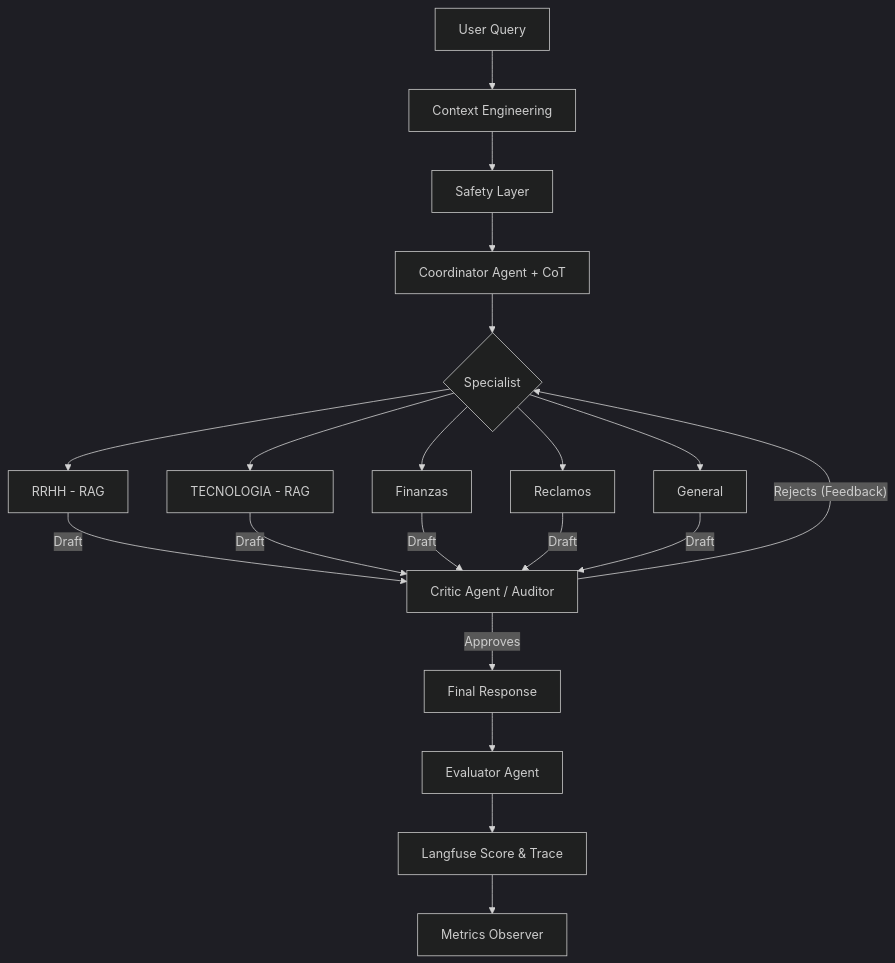
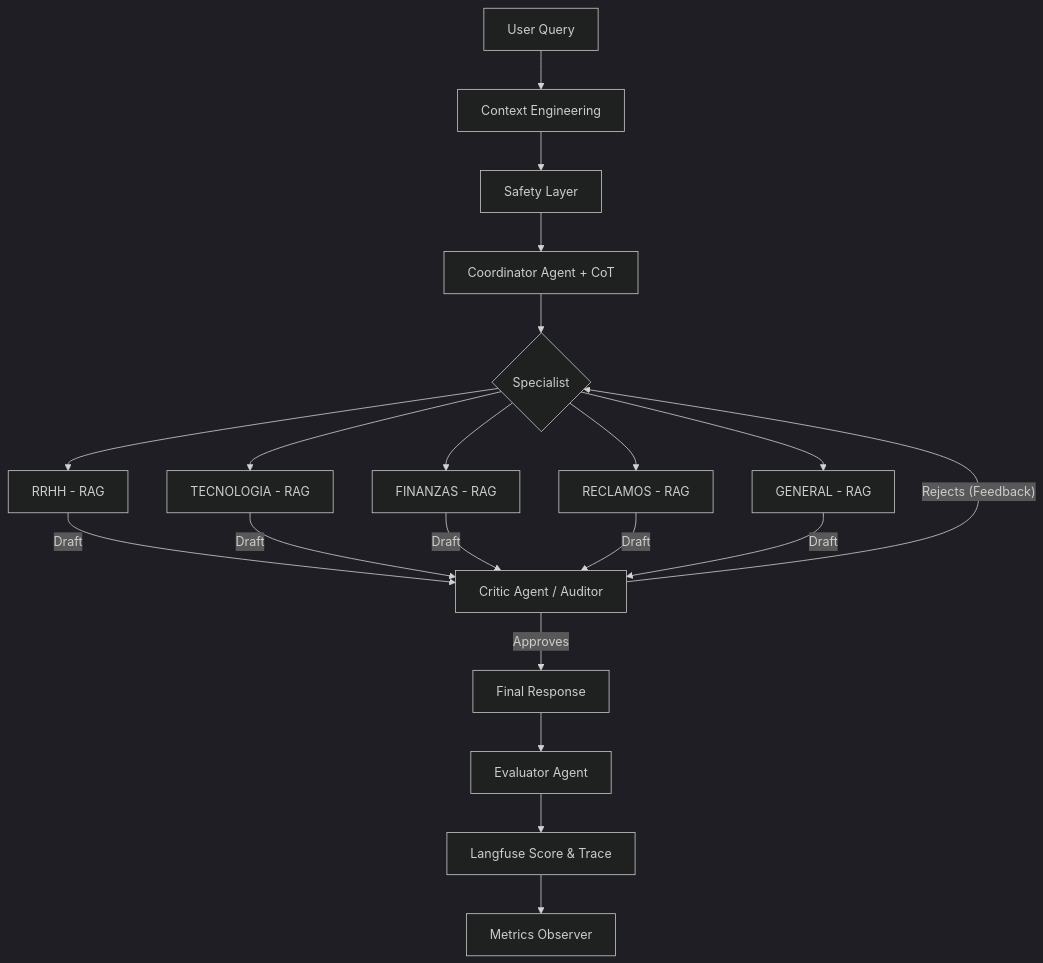
Before and after one commit to cesesteban/Multi-Agent-Routing-System: the second of 2 diagrams in README.md, drawn with Mermaid (dark theme). The commit also changed 24 other files, not shown here.

````diff
--- a/README.md
+++ b/README.md
@@ -124,18 +124,18 @@
 ```mermaid
 graph TD
     A[User Query] --> B[Context Engineering]
     B --> C[Safety Layer]
     C --> D[Coordinator Agent + CoT]
     D --> E{Specialist}
     E --> F[RRHH - RAG]
     E --> G[TECNOLOGIA - RAG]
-    E --> H[Finanzas]
-    E --> I[Reclamos]
-    E --> J[General]
+    E --> H[FINANZAS - RAG]
+    E --> I[RECLAMOS - RAG]
+    E --> J[GENERAL - RAG]
     F & G & H & I & J -- "Draft" --> K[Critic Agent / Auditor]
     K -- "Rejects (Feedback)" --> E
     K -- "Approves" --> L[Final Response]
     L --> M[Evaluator Agent]
     M --> N[Langfuse Score & Trace]
     N --> O[Metrics Observer]
 ```
````
